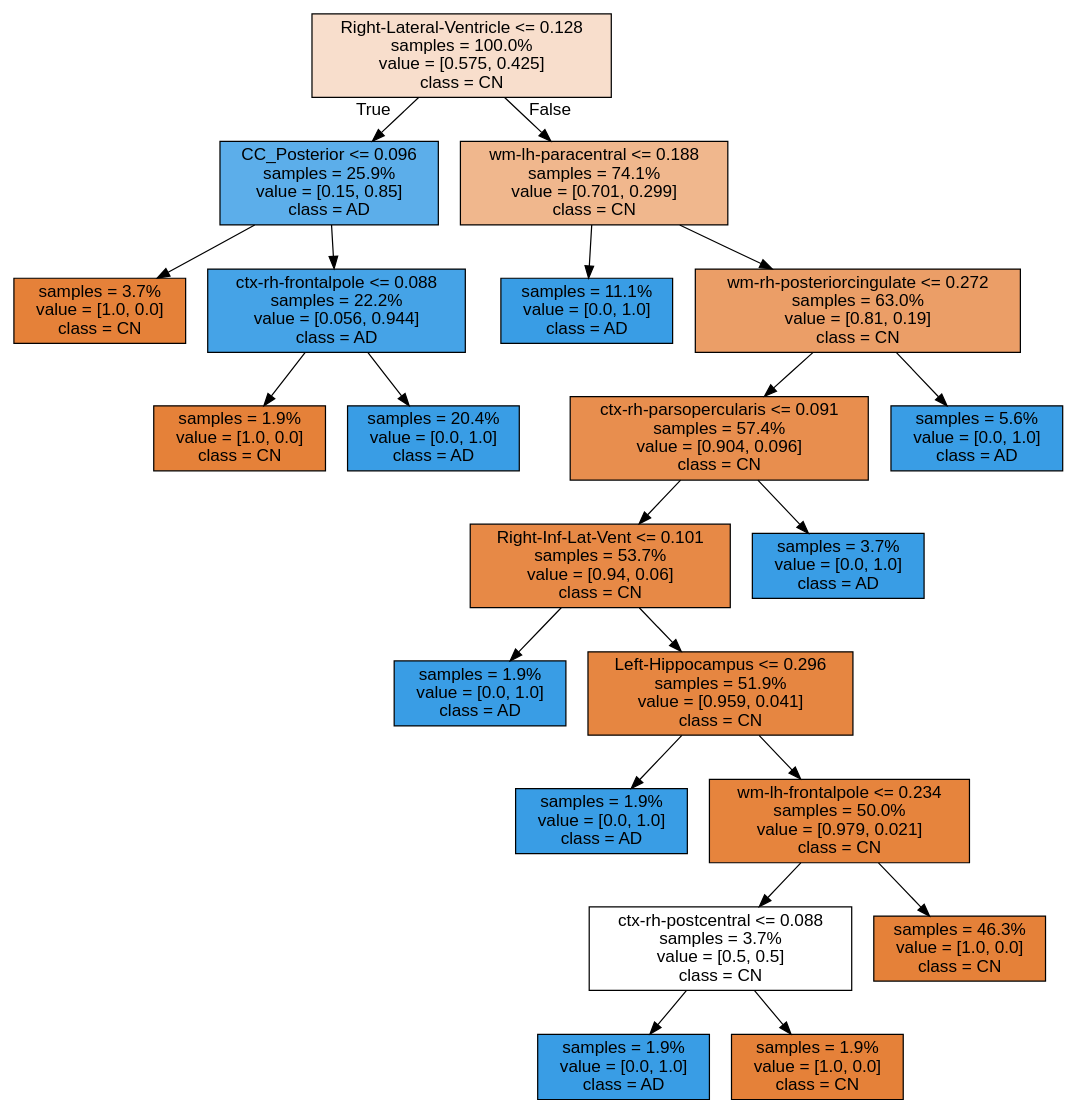
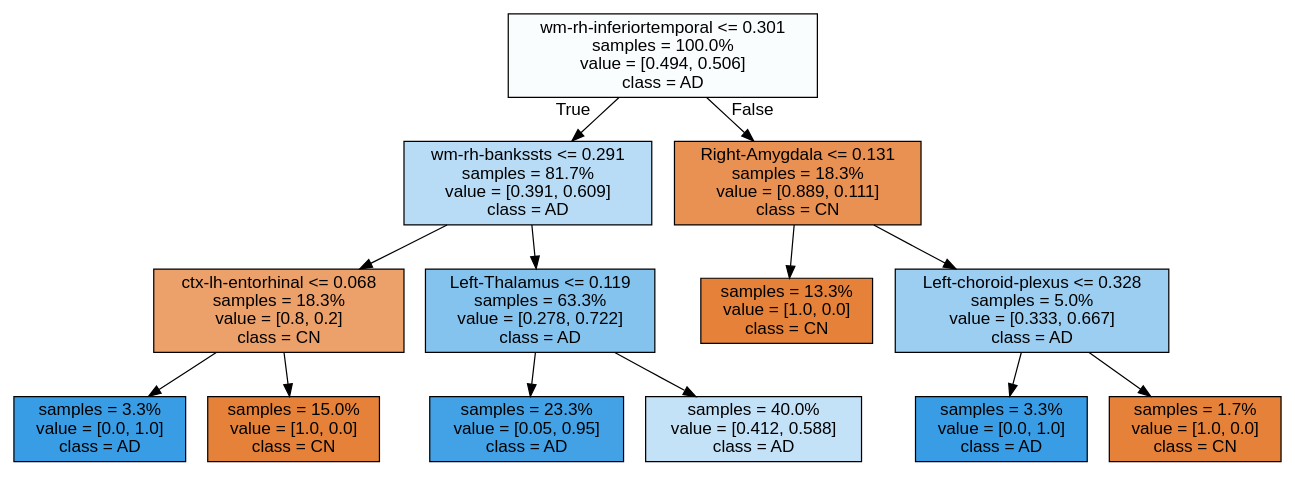
Before and after one commit to francescouni0/CompProject: the diagram in Source.gv, drawn with Graphviz. The commit also changed 3 other files, not shown here.

```diff
--- a/Source.gv
+++ b/Source.gv
@@ -1,45 +1,29 @@
 digraph Tree {
 node [shape=box, style="filled", color="black", fontname="helvetica"] ;
 edge [fontname="helvetica"] ;
-0 [label="Right-Lateral-Ventricle <= 0.128\nsamples = 100.0%\nvalue = [0.575, 0.425]\nclass = CN", fillcolor="#f8decc"] ;
-1 [label="CC_Posterior <= 0.096\nsamples = 25.9%\nvalue = [0.15, 0.85]\nclass = AD", fillcolor="#5caeea"] ;
+0 [label="wm-rh-inferiortemporal <= 0.301\nsamples = 100.0%\nvalue = [0.494, 0.506]\nclass = AD", fillcolor="#fafdfe"] ;
+1 [label="wm-rh-bankssts <= 0.291\nsamples = 81.7%\nvalue = [0.391, 0.609]\nclass = AD", fillcolor="#b8dcf6"] ;
 0 -> 1 [labeldistance=2.5, labelangle=45, headlabel="True"] ;
-2 [label="samples = 3.7%\nvalue = [1.0, 0.0]\nclass = CN", fillcolor="#e58139"] ;
+2 [label="ctx-lh-entorhinal <= 0.068\nsamples = 18.3%\nvalue = [0.8, 0.2]\nclass = CN", fillcolor="#eca06a"] ;
 1 -> 2 ;
-3 [label="ctx-rh-frontalpole <= 0.088\nsamples = 22.2%\nvalue = [0.056, 0.944]\nclass = AD", fillcolor="#45a3e7"] ;
-1 -> 3 ;
-4 [label="samples = 1.9%\nvalue = [1.0, 0.0]\nclass = CN", fillcolor="#e58139"] ;
-3 -> 4 ;
-5 [label="samples = 20.4%\nvalue = [0.0, 1.0]\nclass = AD", fillcolor="#399de5"] ;
-3 -> 5 ;
-6 [label="wm-lh-paracentral <= 0.188\nsamples = 74.1%\nvalue = [0.701, 0.299]\nclass = CN", fillcolor="#f0b78d"] ;
-0 -> 6 [labeldistance=2.5, labelangle=-45, headlabel="False"] ;
-7 [label="samples = 11.1%\nvalue = [0.0, 1.0]\nclass = AD", fillcolor="#399de5"] ;
-6 -> 7 ;
-8 [label="wm-rh-posteriorcingulate <= 0.272\nsamples = 63.0%\nvalue = [0.81, 0.19]\nclass = CN", fillcolor="#eb9e67"] ;
-6 -> 8 ;
-9 [label="ctx-rh-parsopercularis <= 0.091\nsamples = 57.4%\nvalue = [0.904, 0.096]\nclass = CN", fillcolor="#e88e4e"] ;
+3 [label="samples = 3.3%\nvalue = [0.0, 1.0]\nclass = AD", fillcolor="#399de5"] ;
+2 -> 3 ;
+4 [label="samples = 15.0%\nvalue = [1.0, 0.0]\nclass = CN", fillcolor="#e58139"] ;
+2 -> 4 ;
+5 [label="Left-Thalamus <= 0.119\nsamples = 63.3%\nvalue = [0.278, 0.722]\nclass = AD", fillcolor="#85c3ef"] ;
+1 -> 5 ;
+6 [label="samples = 23.3%\nvalue = [0.05, 0.95]\nclass = AD", fillcolor="#43a2e6"] ;
+5 -> 6 ;
+7 [label="samples = 40.0%\nvalue = [0.412, 0.588]\nclass = AD", fillcolor="#c4e2f7"] ;
+5 -> 7 ;
+8 [label="Right-Amygdala <= 0.131\nsamples = 18.3%\nvalue = [0.889, 0.111]\nclass = CN", fillcolor="#e89152"] ;
+0 -> 8 [labeldistance=2.5, labelangle=-45, headlabel="False"] ;
+9 [label="samples = 13.3%\nvalue = [1.0, 0.0]\nclass = CN", fillcolor="#e58139"] ;
 8 -> 9 ;
-10 [label="Right-Inf-Lat-Vent <= 0.101\nsamples = 53.7%\nvalue = [0.94, 0.06]\nclass = CN", fillcolor="#e78946"] ;
-9 -> 10 ;
-11 [label="samples = 1.9%\nvalue = [0.0, 1.0]\nclass = AD", fillcolor="#399de5"] ;
+10 [label="Left-choroid-plexus <= 0.328\nsamples = 5.0%\nvalue = [0.333, 0.667]\nclass = AD", fillcolor="#9ccef2"] ;
+8 -> 10 ;
+11 [label="samples = 3.3%\nvalue = [0.0, 1.0]\nclass = AD", fillcolor="#399de5"] ;
 10 -> 11 ;
-12 [label="Left-Hippocampus <= 0.296\nsamples = 51.9%\nvalue = [0.959, 0.041]\nclass = CN", fillcolor="#e68641"] ;
+12 [label="samples = 1.7%\nvalue = [1.0, 0.0]\nclass = CN", fillcolor="#e58139"] ;
 10 -> 12 ;
-13 [label="samples = 1.9%\nvalue = [0.0, 1.0]\nclass = AD", fillcolor="#399de5"] ;
-12 -> 13 ;
-14 [label="wm-lh-frontalpole <= 0.234\nsamples = 50.0%\nvalue = [0.979, 0.021]\nclass = CN", fillcolor="#e6843d"] ;
-12 -> 14 ;
-15 [label="ctx-rh-postcentral <= 0.088\nsamples = 3.7%\nvalue = [0.5, 0.5]\nclass = CN", fillcolor="#ffffff"] ;
-14 -> 15 ;
-16 [label="samples = 1.9%\nvalue = [0.0, 1.0]\nclass = AD", fillcolor="#399de5"] ;
-15 -> 16 ;
-17 [label="samples = 1.9%\nvalue = [1.0, 0.0]\nclass = CN", fillcolor="#e58139"] ;
-15 -> 17 ;
-18 [label="samples = 46.3%\nvalue = [1.0, 0.0]\nclass = CN", fillcolor="#e58139"] ;
-14 -> 18 ;
-19 [label="samples = 3.7%\nvalue = [0.0, 1.0]\nclass = AD", fillcolor="#399de5"] ;
-9 -> 19 ;
-20 [label="samples = 5.6%\nvalue = [0.0, 1.0]\nclass = AD", fillcolor="#399de5"] ;
-8 -> 20 ;
 }
```
